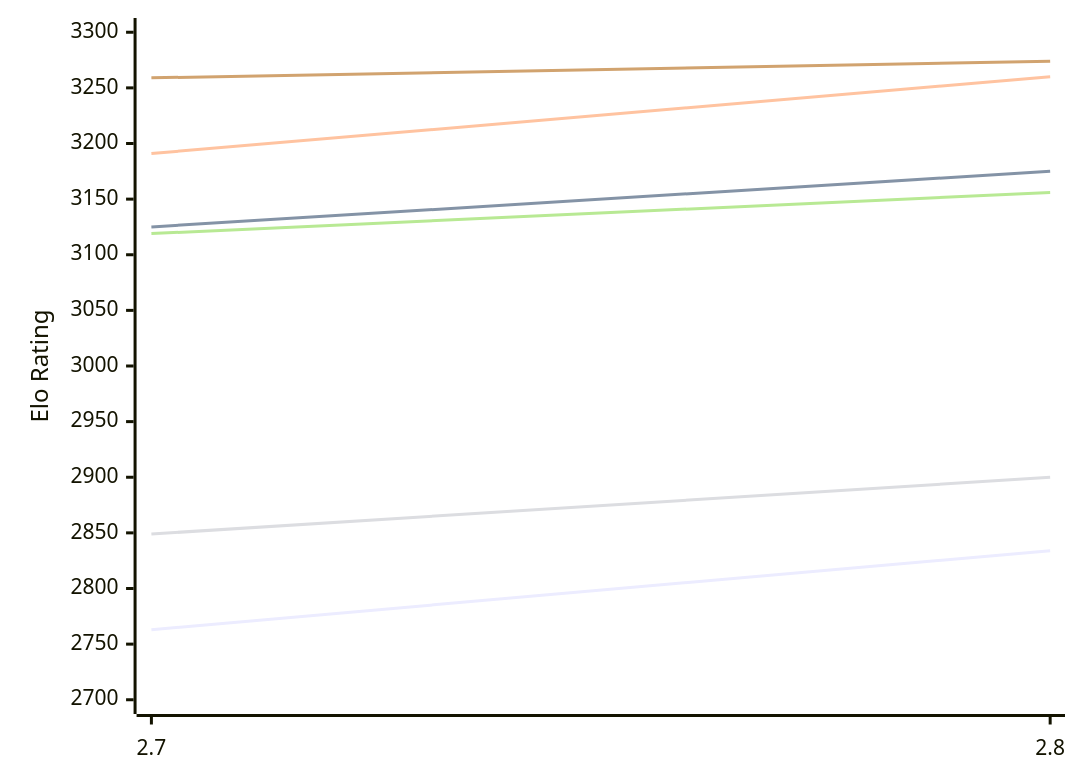
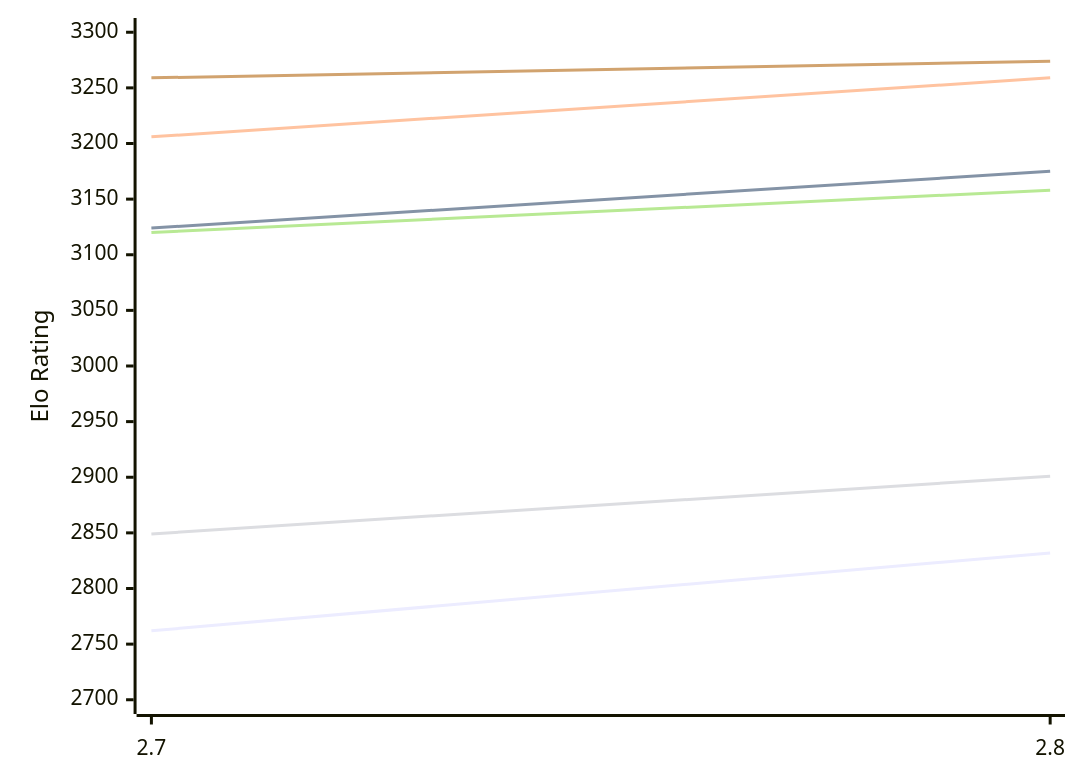
The first of 2 diagrams in engines/Arcanum.md (computer-chess-index/cci), drawn with Mermaid before and after one commit. The commit also changed other lines of this file, not shown here.

Commit message:
Update CCI Ratings (ELO VLTC) - 2026-11-28

````diff
--- a/engines/Arcanum.md
+++ b/engines/Arcanum.md
@@ -50,12 +50,12 @@
 ```mermaid
 %%{init: {"theme":"base","themeVariables":{"seriesColors:['#a3a3a3','#222221','#faa371']}}}%%
 xychart-beta
   x-axis ["2.7", "2.8"]
   y-axis "Elo Rating" 2700 --> 3300
-  line "E1: STC (8.0+0.08s)" [2763, 2834]
-  line "E1: LTC (60.0+0.60s)" [3125, 3175]
-  line "E1: VLTC (2m24s+1.12s)" [3191, 3260]
-  line "P1: STC (8.0+0.08s)" [2849, 2900]
-  line "P1: LTC (60.0+0.60s)" [3119, 3156]
+  line "E1: STC (8.0+0.08s)" [2762, 2832]
+  line "E1: LTC (60.0+0.60s)" [3124, 3175]
+  line "E1: VLTC (2m24s+1.12s)" [3206, 3259]
+  line "P1: STC (8.0+0.08s)" [2849, 2901]
+  line "P1: LTC (60.0+0.60s)" [3120, 3158]
   line "P1: VLTC (2m24s+1.12s)" [3259, 3274]
 ```
````
